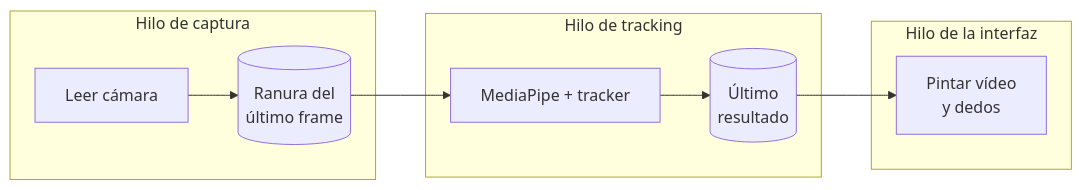
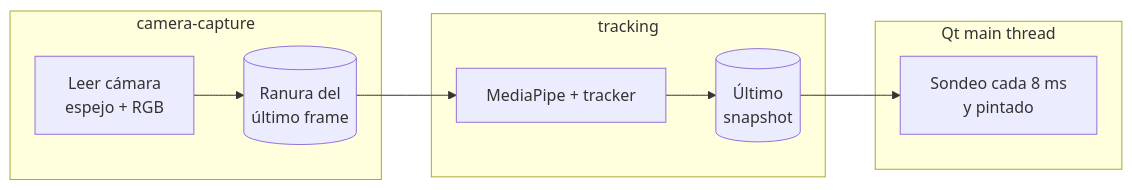
The second of 2 diagrams in README.md (kcitas/hand-piann0), drawn with Mermaid before and after one commit. The commit also changed other lines of this file and 28 other files, not shown here.

````diff
--- a/README.md
+++ b/README.md
@@ -143,12 +130,12 @@
 ```mermaid
 flowchart LR
-    subgraph Hilo de captura
-        CAM[Leer cámara] --> SLOT[(Ranura del<br/>último frame)]
+    subgraph camera-capture
+        CAM[Leer cámara<br/>espejo + RGB] --> SLOT[(Ranura del<br/>último frame)]
     end
-    subgraph Hilo de tracking
-        SLOT --> MP[MediaPipe + tracker] --> SNAP[(Último<br/>resultado)]
+    subgraph tracking
+        SLOT --> MP[MediaPipe + tracker] --> SNAP[(Último<br/>snapshot)]
     end
-    subgraph Hilo de la interfaz
-        SNAP --> UI[Pintar vídeo<br/>y dedos]
+    subgraph Qt main thread
+        SNAP --> UI[Sondeo cada 8 ms<br/>y pintado]
     end
 ```
````
